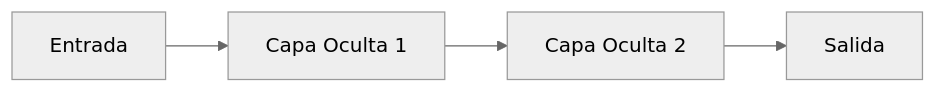
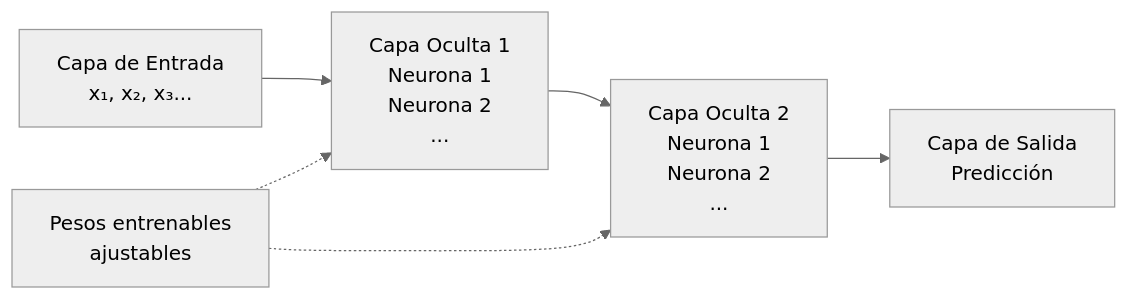
Before and after one commit to i-xarlos/isil-ing-sistemas: the fifth of 18 diagrams in 2026-1/diseno-soluciones-ia/clase-10/eleccion-modelo-correcto-clase-10.md, drawn with Mermaid (neutral theme). The commit also changed other lines of this file and 4 other files, not shown here.

````diff
--- a/2026-1/diseno-soluciones-ia/clase-10/eleccion-modelo-correcto-clase-10.md
+++ b/2026-1/diseno-soluciones-ia/clase-10/eleccion-modelo-correcto-clase-10.md
@@ -130,6 +452,10 @@
 ```mermaid
 graph LR
-    INPUT["Entrada"] --> HIDDEN1["Capa Oculta 1"]
-    HIDDEN1 --> HIDDEN2["Capa Oculta 2"]
-    HIDDEN2 --> OUTPUT["Salida"]
+    INPUT["Capa de Entrada<br/>x₁, x₂, x₃..."] --> HIDDEN1["Capa Oculta 1<br/>Neurona 1<br/>Neurona 2<br/>..."]
+    HIDDEN1 --> HIDDEN2["Capa Oculta 2<br/>Neurona 1<br/>Neurona 2<br/>..."]
+    HIDDEN2 --> OUTPUT["Capa de Salida<br/>Predicción"]
+    
+    PESOS["Pesos entrenables<br/>ajustables"]
+    PESOS -.-> HIDDEN1
+    PESOS -.-> HIDDEN2
 ```
````
